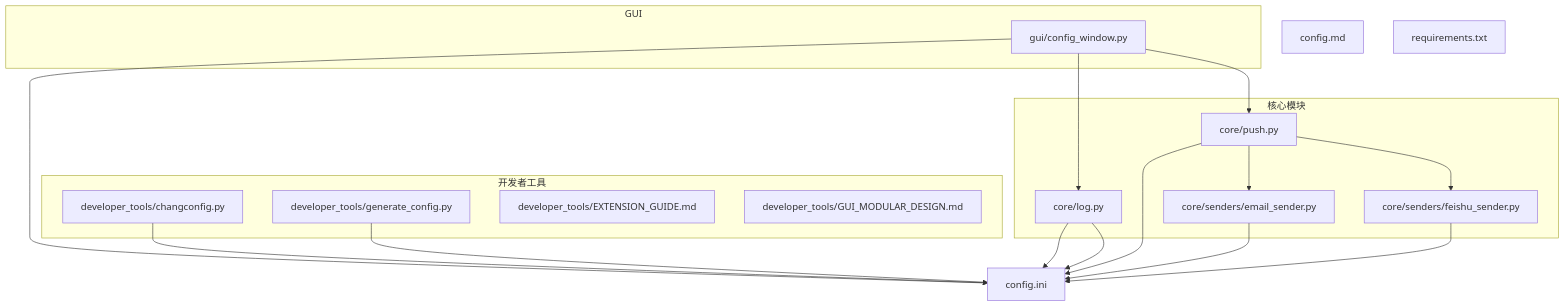
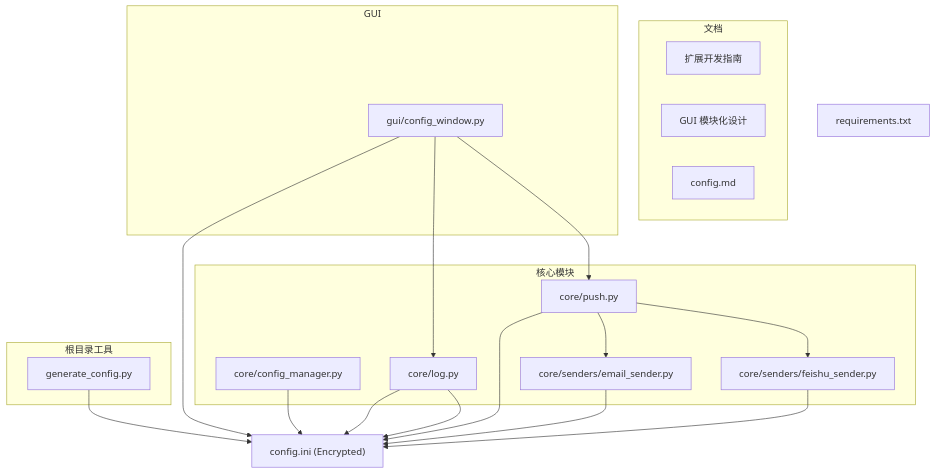
One commit to pjnt9372/Capture_Push changed the first of 3 diagrams in .wiki/zh/content/开发者工具/配置管理工具.md. Above: the diagram before and after it, drawn with Mermaid. The commit also changed other lines of this file and 37 other files, not shown here.

````diff
--- a/.wiki/zh/content/开发者工具/配置管理工具.md
+++ b/.wiki/zh/content/开发者工具/配置管理工具.md
@@ -44,33 +44,36 @@
 ```mermaid
 graph TB
-subgraph "开发者工具"
-A["developer_tools/changconfig.py"]
-B["developer_tools/generate_config.py"]
-C["developer_tools/EXTENSION_GUIDE.md"]
-D["developer_tools/GUI_MODULAR_DESIGN.md"]
-end
 subgraph "核心模块"
+A["core/config_manager.py"]
 E["core/push.py"]
 F["core/log.py"]
 G["core/senders/email_sender.py"]
 H["core/senders/feishu_sender.py"]
 end
+subgraph "根目录工具"
+B["generate_config.py"]
+end
+subgraph "文档"
+C["扩展开发指南"]
+D["GUI 模块化设计"]
+K["config.md"]
+end
 subgraph "GUI"
 I["gui/config_window.py"]
 end
-J["config.ini"]
-K["config.md"]
+J["config.ini (Encrypted)"]
 L["requirements.txt"]
+
 A --> J
 B --> J
 I --> J
 E --> J
 F --> J
 G --> J
 H --> J
 E --> G
 E --> H
 I --> F
 I --> E
 F --> J
 ```
````
